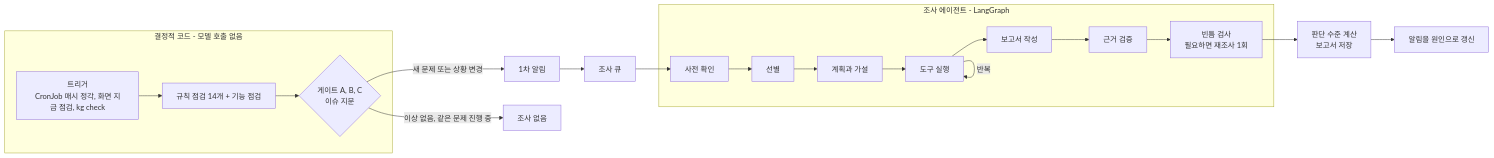
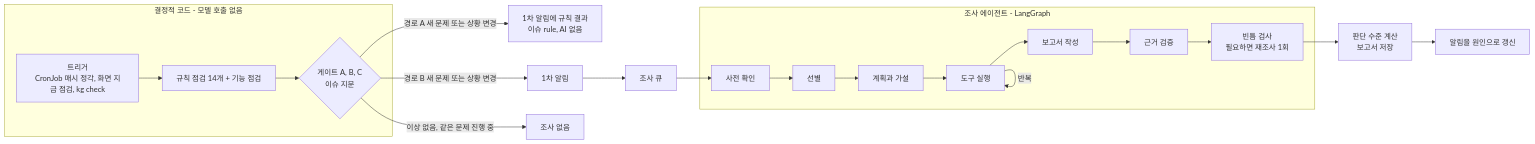
Before and after one commit to skax-jihyeryu/KubeGuardian: the first of 2 diagrams in docs/산출물/04-상세설계및개발환경구축.md, drawn with Mermaid. The commit also changed other lines of this file and 6 other files, not shown here.

````diff
--- a/docs/산출물/04-상세설계및개발환경구축.md
+++ b/docs/산출물/04-상세설계및개발환경구축.md
@@ -9,16 +9,17 @@
 ```mermaid
 flowchart LR
     subgraph 결정적 코드 - 모델 호출 없음
         T[트리거<br/>CronJob 매시 정각, 화면 지금 점검, kg check] --> C[규칙 점검 14개 + 기능 점검]
         C --> G{게이트 A, B, C<br/>이슈 지문}
     end
     subgraph 조사 에이전트 - LangGraph
         A0[사전 확인] --> A1[선별] --> A2[계획과 가설] --> A3[도구 실행]
         A3 -->|반복| A3
         A3 --> A5[보고서 작성] --> A6[근거 검증] --> A7[빈틈 검사<br/>필요하면 재조사 1회]
     end
-    G -->|새 문제 또는 상황 변경| N1[1차 알림]
+    G -->|경로 A 새 문제 또는 상황 변경| R[1차 알림에 규칙 결과<br/>이슈 rule, AI 없음]
+    G -->|경로 B 새 문제 또는 상황 변경| N1[1차 알림]
     N1 --> Q[조사 큐] --> A0
     G -->|이상 없음, 같은 문제 진행 중| X[조사 없음]
     A7 --> J[판단 수준 계산<br/>보고서 저장] --> N[알림을 원인으로 갱신]
 ```
````
